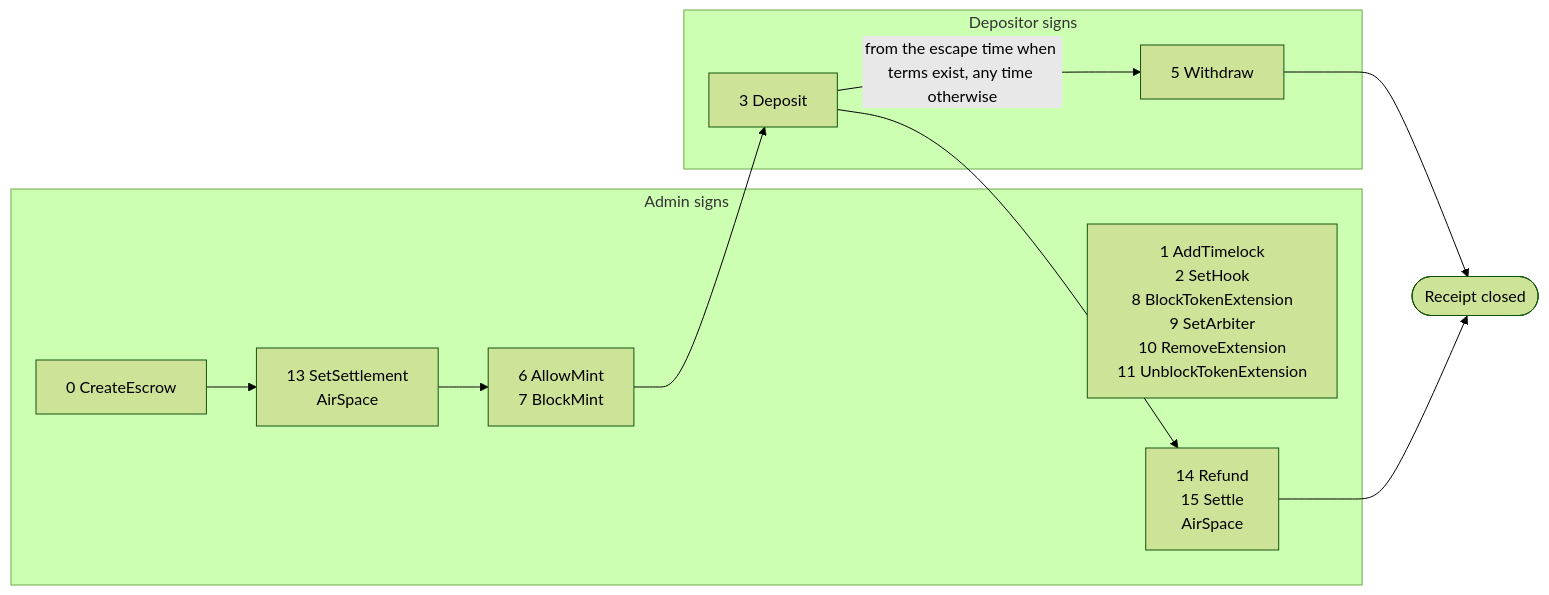
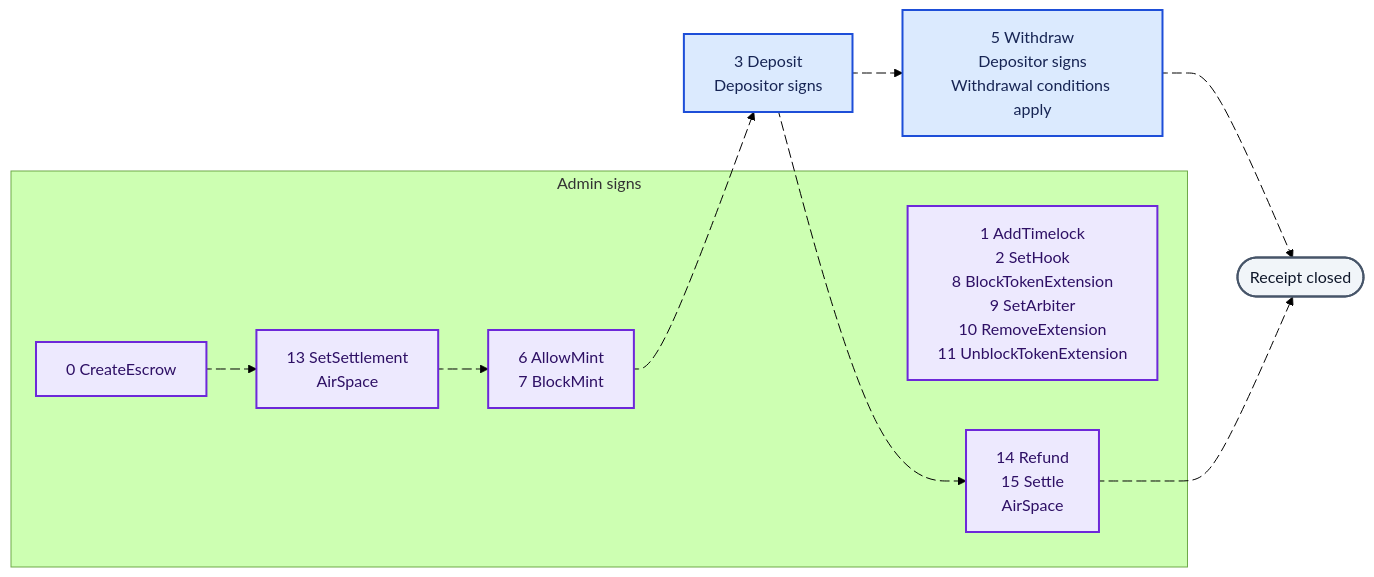
Before and after one commit to visit-airspace/airspace-contracts: the second of 7 diagrams in README.md, drawn with Mermaid (forest theme). The commit also changed other lines of this file, not shown here.

Commit message:
docs: clarify sponsor trust and animate contract diagrams

````diff
--- a/README.md
+++ b/README.md
@@ -58,19 +84,32 @@
 ```mermaid
 flowchart LR
     subgraph AdminOnly[Admin signs]
         CE[0 CreateEscrow]
         EXT[1 AddTimelock<br/>2 SetHook<br/>8 BlockTokenExtension<br/>9 SetArbiter<br/>10 RemoveExtension<br/>11 UnblockTokenExtension]
         ST[13 SetSettlement<br/>AirSpace]
         AM[6 AllowMint<br/>7 BlockMint]
         PAY[14 Refund<br/>15 Settle<br/>AirSpace]
     end
-    subgraph DepositorOnly[Depositor signs]
-        DEP[3 Deposit]
-        WD[5 Withdraw]
-    end
-    CE --> ST --> AM --> DEP
-    DEP -->|from the escape time when terms exist, any time otherwise| WD
-    DEP --> PAY
-    WD --> Done([Receipt closed])
-    PAY --> Done
+    DEP[3 Deposit<br/>Depositor signs]
+    WD[5 Withdraw<br/>Depositor signs<br/>Withdrawal conditions apply]
+    CE e1@--> ST
+    ST e2@--> AM
+    AM e3@--> DEP
+    DEP e4@--> WD
+    DEP e5@--> PAY
+    WD e6@--> Done([Receipt closed])
+    PAY e7@--> Done
+    e1@{ animation: slow }
+    e2@{ animation: slow }
+    e3@{ animation: slow }
+    e4@{ animation: slow }
+    e5@{ animation: slow }
+    e6@{ animation: slow }
+    e7@{ animation: slow }
+    classDef sponsor fill:#DBEAFE,stroke:#1D4ED8,color:#172554,stroke-width:2px;
+    class DEP,WD sponsor;
+    classDef admin fill:#EDE9FE,stroke:#6D28D9,color:#2E1065,stroke-width:2px;
+    class CE,ST,AM,PAY,EXT admin;
+    classDef record fill:#F1F5F9,stroke:#475569,color:#0F172A,stroke-width:2px;
+    class Done record;
 ```
````
